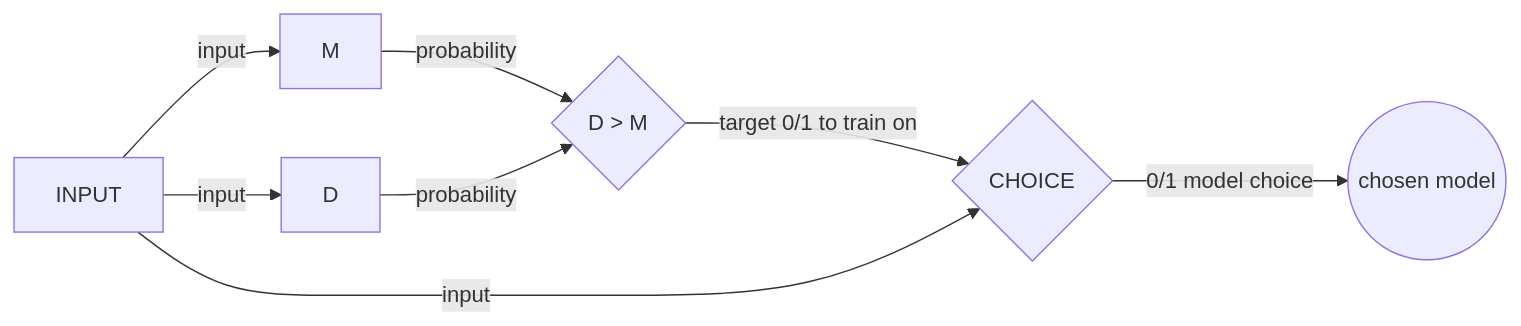
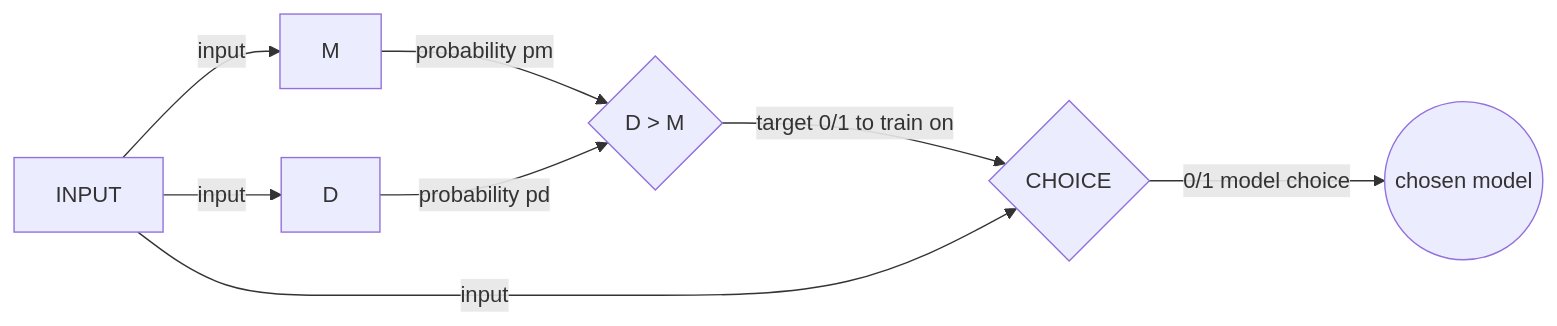
Before and after one commit to edith141/MD-CHOICE: the diagram in README.md, drawn with Mermaid.

````diff
--- a/README.md
+++ b/README.md
@@ -9,17 +9,17 @@
 ```mermaid
 graph LR
 IP[INPUT] -- input --> M
 
 IP -- input --> D
 
-M -- probability --> T -- target 0/1 to train on --> C
+M -- probability pm --> T -- target 0/1 to train on --> C
 IP -- input --> C
-D -- probability --> T
+D -- probability pd --> T
 
 C -- 0/1 model choice --> OP
 M[M]
 D[D]
 T{D > M}
 C{CHOICE}
 OP((chosen model))
 ```
````
